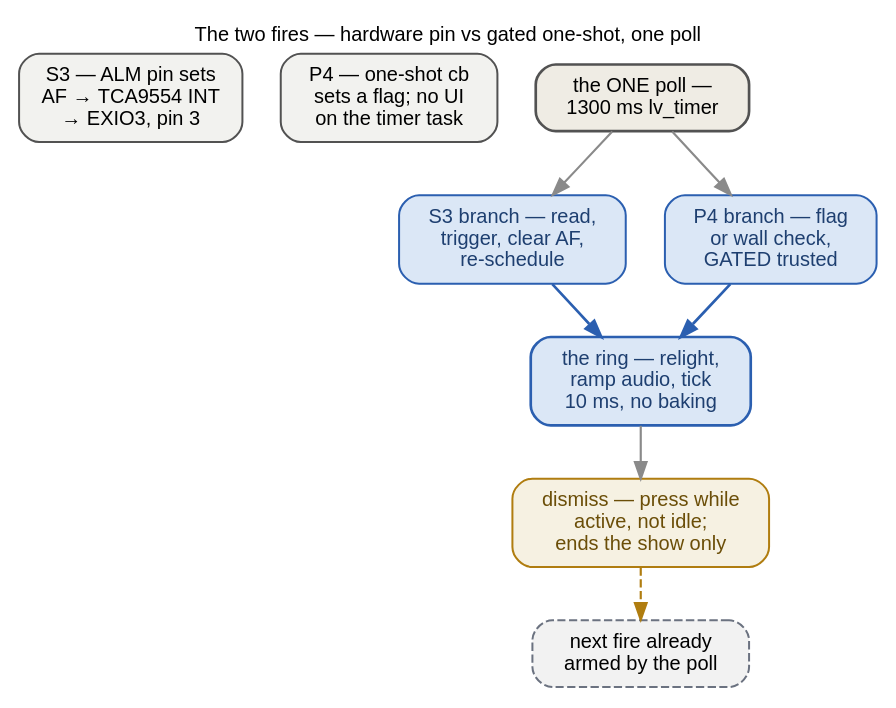
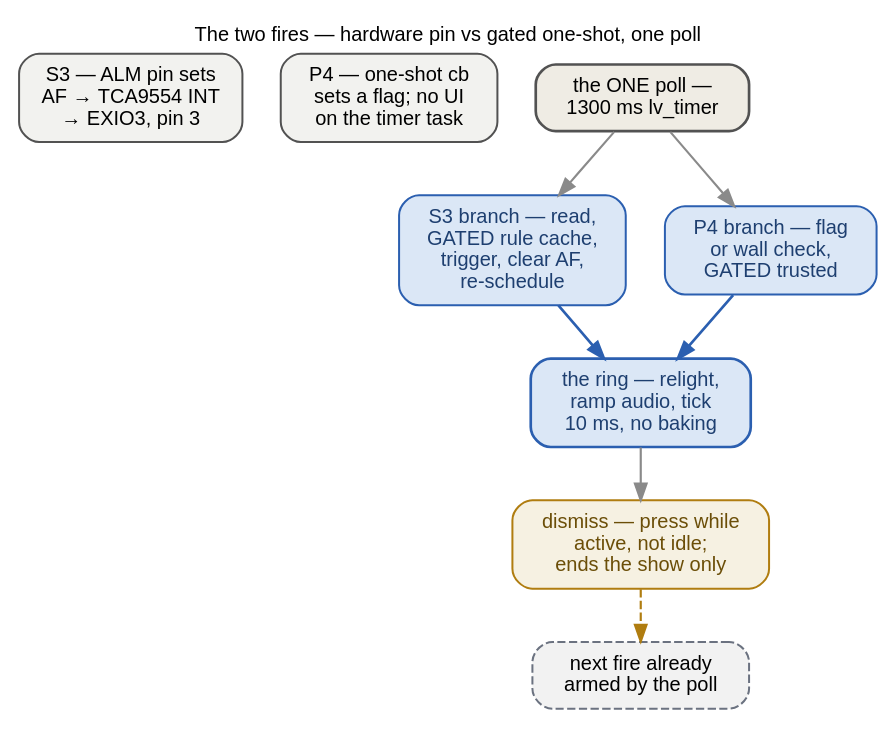
One commit to ukos-git/moon-clock-esp changed the diagram in docs/_graphs/alarm-lifecycle-fire.dot. Above: the diagram before and after it, drawn with Graphviz. The commit also changed 3 other files, not shown here.

First line of the commit message:
fix: gate the S3's AF fire path on the rule cache (P4 parity)

```diff
--- a/docs/_graphs/alarm-lifecycle-fire.dot
+++ b/docs/_graphs/alarm-lifecycle-fire.dot
@@ -1,77 +1,81 @@
 // The two fire paths and the one poll (verified before drawing):
 //   S3 — the PCF85063A ALM pin (AF set) drives TCA9554 INT -> EXIO3
 //   (IO_EXPANDER_PIN_NUM_3); the same line is the deep-sleep wake
 //   source. clock_handle_interrupts (S3 branch):
 //   clock_is_interrupt_pending -> clock_get_interrupts;
-//   CLOCK_INT_ALARM -> clock_trigger_alarm_triggered -> clear AF ->
+//   CLOCK_INT_ALARM, GATED on clock_alarm_get_next_scheduled (the P4
+//   parity: AF latches independently of AIE and is sticky across power,
+//   so a latched AF with zero rules is a stale latch -- log + clear,
+//   never fire; user report 2026-11-19, the stuck-alarm-screen loop) ->
+//   clock_trigger_alarm_triggered -> clear AF ->
 //   clock_alarm_schedule_next(now).
 //   P4 — clock_alarm_arm_esp_timer (from schedule_next, P4-only):
 //   esp_timer_start_once; the cb sets s_alarm_fired_flag on the
 //   esp_timer task — nothing UI happens there. The P4 branch reads
 //   the flag OR a wall-clock backup check (now >= next — catches a
 //   one-shot a time SET left stale), GATED on
 //   clock_sntp_time_trusted() so an unsynced 2026 clock can never
 //   fire a phantom -> trigger -> stop one-shot -> schedule_next.
 //   The ONE poll both boards share:
 //   lv_timer_create(clock_rtc_interrupt_handler_cb,
 //   RTC_POLL_INTERVAL_MS = 1300) — main.cpp; the clock_cb.c
 //   dispatchers call the registered actions DIRECTLY, i.e. in the
 //   LVGL task.
 //   action_alarm_triggered (actions.c, LVGL task): backlight relight
 //   (a deep-sleep ring lights the panel), g_alarm_active,
 //   alarm_audio_ring_start (ES8311 gradual ramp; the knob is the
 //   codec-less silent board), g_asleep = true (dismissing it IS a
 //   wake event), tick -> 10 ms, moon_ui_pause(true) (no baking for a
 //   screen that shows no moon), clock_timer_disable,
 //   clock_idle_reset_timer (no auto-sleep while ringing),
 //   loadScreen(SCREEN_ID_ALARM).
 //   Touch dismisses — alarm_indev_read_cb (LV_EVENT_PRESSED,
 //   action_register_alarm_touch): fires on every press regardless of
 //   hit-test, but only while g_alarm_active AND !clock_is_idle();
 //   the asleep press is consumed by the idle-wake cb (registered
 //   earlier, runs first) -> action_wake_screen stops the ring and
 //   clears g_alarm_active. The next fire is already re-scheduled by
 //   the poll's schedule_next — the dismiss only ends the show.
 //   Registration is family-wide since 2026-11-16: the clocks call
 //   action_register_alarm_touch at main/main.cpp:641, the knob at
 //   knob/main/main.c:409 — until then the knob's alarm screen had NO
 //   awake dismiss (its idle-wake pair does not exist there), a
 //   one-way door (bench RED 3/3; harness a5f23fe).
 // The sealed version is alarm-lifecycle.dot; the write side is
 // alarm-lifecycle-write.dot.
 // FONTS: 12 pt = the page's 16 px body text at 1:1 — kept inside the
 // content column.
 // Rendered inline as SVG by sphinx.ext.graphviz (dot on PATH).
 digraph alarm_lifecycle_fire {
     rankdir=TB;
     label="The two fires — hardware pin vs gated one-shot, one poll";
     labelloc="t"; labeljust="c";
     fontname="Helvetica"; fontsize=12;
     graph [nodesep=0.32, ranksep=0.45];
     node [fontname="Helvetica", fontsize=12, shape=box, style="rounded,filled",
           width=0, height=0, margin="0.16,0.10", fillcolor="#f2f2ef",
           color="#525252", penwidth=1.2];
     edge [fontname="Helvetica", fontsize=12, color="#8a8a8a", penwidth=1.3];
 
     alm [label="S3 — ALM pin sets\nAF → TCA9554 INT\n→ EXIO3, pin 3"];
     one [label="P4 — one-shot cb\nsets a flag; no UI\non the timer task"];
-    p3 [label="S3 branch — read,\ntrigger, clear AF,\nre-schedule",
+    p3 [label="S3 branch — read,\nGATED rule cache,\ntrigger, clear AF,\nre-schedule",
         fillcolor="#dbe7f6", color="#2b5fb0", fontcolor="#1e3f70"];
     p4 [label="P4 branch — flag\nor wall check,\nGATED trusted",
         fillcolor="#dbe7f6", color="#2b5fb0", fontcolor="#1e3f70"];
     poll [label="the ONE poll —\n1300 ms lv_timer",
           fillcolor="#efece4", penwidth=1.6];
     act [label="the ring — relight,\nramp audio, tick\n10 ms, no baking",
          fillcolor="#dbe7f6", color="#2b5fb0", fontcolor="#1e3f70", penwidth=1.6];
     dis [label="dismiss — press while\nactive, not idle;\nends the show only",
          fillcolor="#f6f1e2", color="#b07d10", fontcolor="#6b4e08"];
     next [label="next fire already\narmed by the poll",
           style="rounded,filled,dashed", fillcolor="#f2f2f2", color="#6b7280"];
 
     poll -> p3;
     poll -> p4;
     p3 -> act [color="#2b5fb0", penwidth=1.6];
     p4 -> act [color="#2b5fb0", penwidth=1.6];
     act -> dis;
     dis -> next [style=dashed, color="#b07d10"];
 }
```
